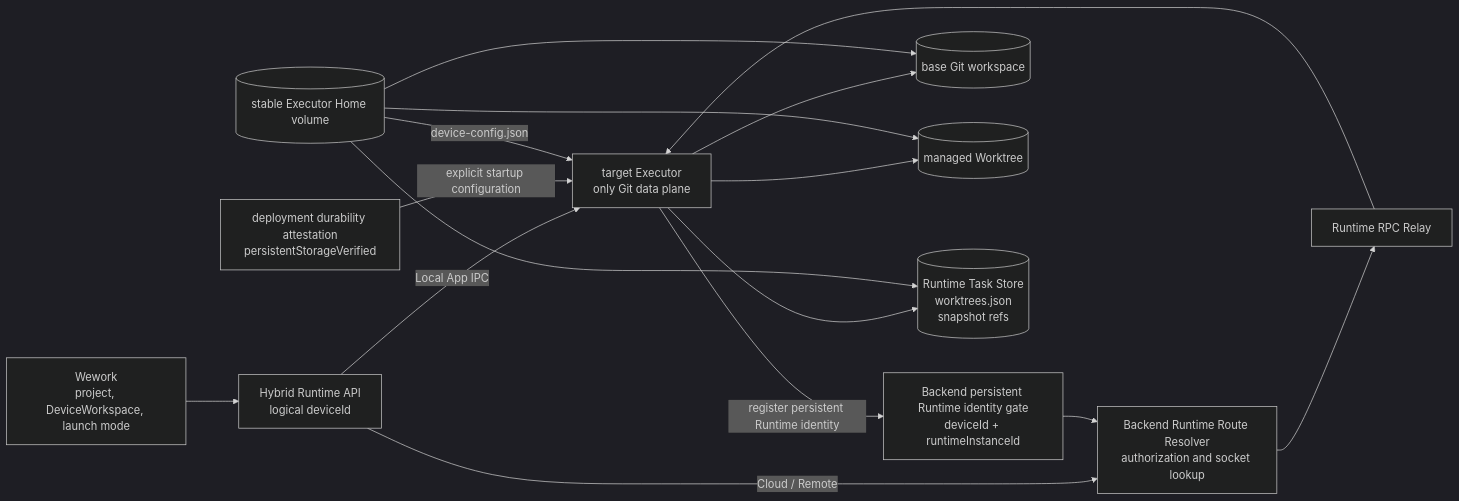
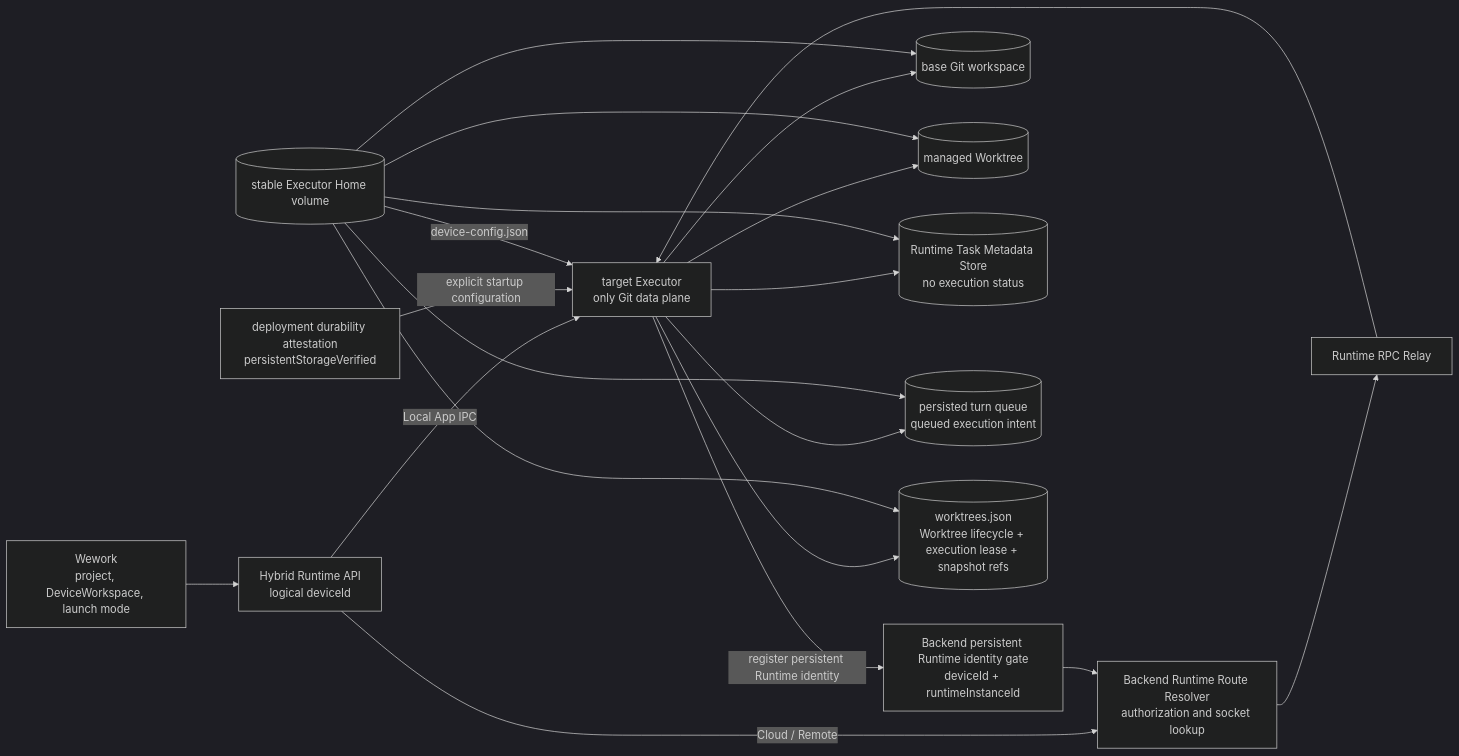
The first of 4 diagrams in docs/architecture/git-worktree-execution.md (wecode-ai/wegent-docs), drawn with Mermaid (dark theme) before and after one commit. The commit also changed other lines of this file and 1 other file, not shown here.

````diff
--- a/docs/architecture/git-worktree-execution.md
+++ b/docs/architecture/git-worktree-execution.md
@@ -9,30 +9,36 @@
 ```mermaid
 flowchart LR
     UI[Wework<br/>project, DeviceWorkspace, launch mode]
     HYBRID[Hybrid Runtime API<br/>logical deviceId]
     IDENTITY[Backend persistent Runtime identity gate<br/>deviceId + runtimeInstanceId]
     ROUTE[Backend Runtime Route Resolver<br/>authorization and socket lookup]
     RPC[Runtime RPC Relay]
     EXECUTOR[target Executor<br/>only Git data plane]
     REPO[(base Git workspace)]
     WORKTREE[(managed Worktree)]
-    STATE[(Runtime Task Store<br/>worktrees.json<br/>snapshot refs)]
+    STATE[(Runtime Task Metadata Store<br/>no execution status)]
+    EXECUTION[(persisted turn queue<br/>queued execution intent)]
+    WORKTREE_STATE[(worktrees.json<br/>Worktree lifecycle + execution lease + snapshot refs)]
     VOLUME[(stable Executor Home volume)]
     ATTEST[deployment durability attestation<br/>persistentStorageVerified]
 
     UI --> HYBRID
     HYBRID -->|Local App IPC| EXECUTOR
     HYBRID -->|Cloud / Remote| ROUTE
     EXECUTOR -->|register persistent Runtime identity| IDENTITY
     IDENTITY --> ROUTE
     ROUTE --> RPC
     RPC --> EXECUTOR
     EXECUTOR --> REPO
     EXECUTOR --> WORKTREE
     EXECUTOR --> STATE
+    EXECUTOR --> EXECUTION
+    EXECUTOR --> WORKTREE_STATE
     ATTEST -->|explicit startup configuration| EXECUTOR
     VOLUME --> REPO
     VOLUME --> WORKTREE
     VOLUME --> STATE
+    VOLUME --> EXECUTION
+    VOLUME --> WORKTREE_STATE
     VOLUME -->|device-config.json| EXECUTOR
 ```
````
